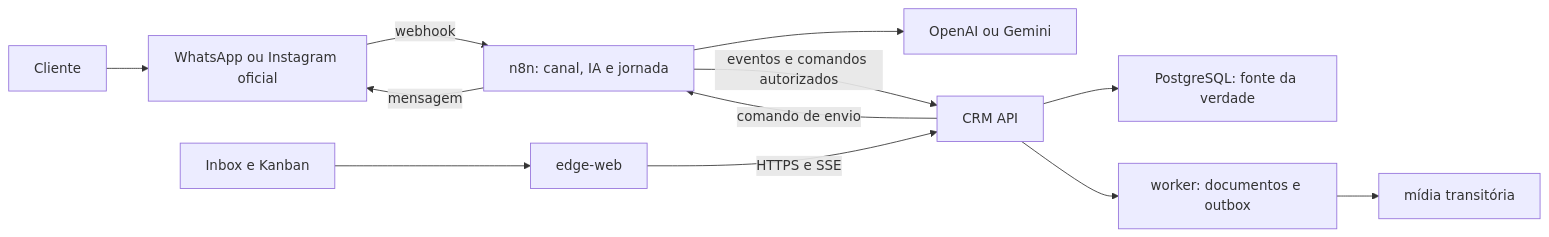
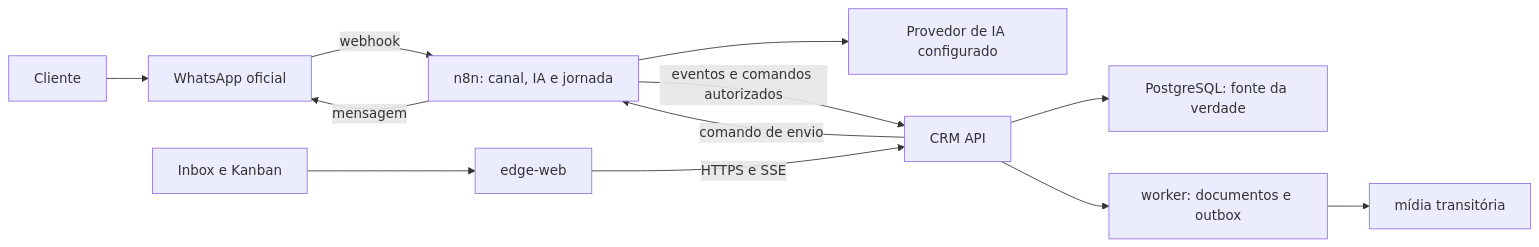
One commit to romulosutil/crm-silmer changed the first of 3 diagrams in TECHNICAL-DESIGN.md. Above: the diagram before and after it, drawn with Mermaid. The commit also changed other lines of this file and 46 other files, not shown here.

Commit message:
feat(n8n): simplify WhatsApp MVP integration

````diff
--- a/TECHNICAL-DESIGN.md
+++ b/TECHNICAL-DESIGN.md
@@ -131,14 +130,14 @@
 ```mermaid
 flowchart LR
-    customer["Cliente"] --> meta["WhatsApp ou Instagram oficial"]
+    customer["Cliente"] --> meta["WhatsApp oficial"]
     meta -->|"webhook"| n8n["n8n: canal, IA e jornada"]
-    n8n --> ai["OpenAI ou Gemini"]
+    n8n --> ai["Provedor de IA configurado"]
     n8n -->|"eventos e comandos autorizados"| api["CRM API"]
     api --> postgres["PostgreSQL: fonte da verdade"]
     browser["Inbox e Kanban"] --> edge["edge-web"]
     edge -->|"HTTPS e SSE"| api
     api --> worker["worker: documentos e outbox"]
     worker --> media["mídia transitória"]
     api -->|"comando de envio"| n8n
     n8n -->|"mensagem"| meta
 ```
````
